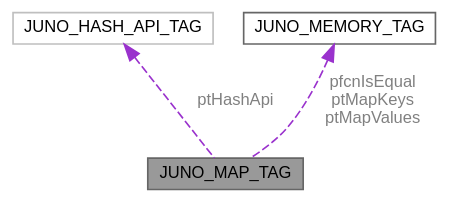
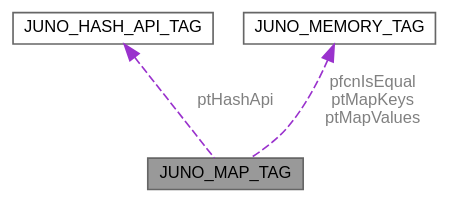
Before and after one commit to robinonsay/libjuno: the diagram in structJUNO__MAP__TAG__coll__graph.dot, drawn with Graphviz. The commit also changed 290 other files, not shown here.

```diff
--- a/structJUNO__MAP__TAG__coll__graph.dot
+++ b/structJUNO__MAP__TAG__coll__graph.dot
@@ -1,12 +1,12 @@
 digraph "JUNO_MAP_TAG"
 {
  // LATEX_PDF_SIZE
   bgcolor="transparent";
   edge [fontname=Helvetica,fontsize=10,labelfontname=Helvetica,labelfontsize=10];
   node [fontname=Helvetica,fontsize=10,shape=box,height=0.2,width=0.4];
   Node1 [id="Node000001",label="JUNO_MAP_TAG",height=0.2,width=0.4,color="gray40", fillcolor="grey60", style="filled", fontcolor="black",tooltip=" "];
   Node2 -> Node1 [id="edge1_Node000001_Node000002",dir="back",color="darkorchid3",style="dashed",tooltip=" ",label=" ptHashApi",fontcolor="grey" ];
-  Node2 [id="Node000002",label="JUNO_HASH_API_TAG",height=0.2,width=0.4,color="grey75", fillcolor="white", style="filled",URL="$structJUNO__HASH__API__TAG.html",tooltip=" "];
+  Node2 [id="Node000002",label="JUNO_HASH_API_TAG",height=0.2,width=0.4,color="gray40", fillcolor="white", style="filled",URL="$structJUNO__HASH__API__TAG.html",tooltip=" "];
   Node3 -> Node1 [id="edge2_Node000001_Node000003",dir="back",color="darkorchid3",style="dashed",tooltip=" ",label=" pfcnIsEqual\nptMapKeys\nptMapValues",fontcolor="grey" ];
   Node3 [id="Node000003",label="JUNO_MEMORY_TAG",height=0.2,width=0.4,color="gray40", fillcolor="white", style="filled",URL="$structJUNO__MEMORY__TAG.html",tooltip="Structure for an allocated memory segment. Describes the allocated memory with a pointer to the start..."];
 }
```
